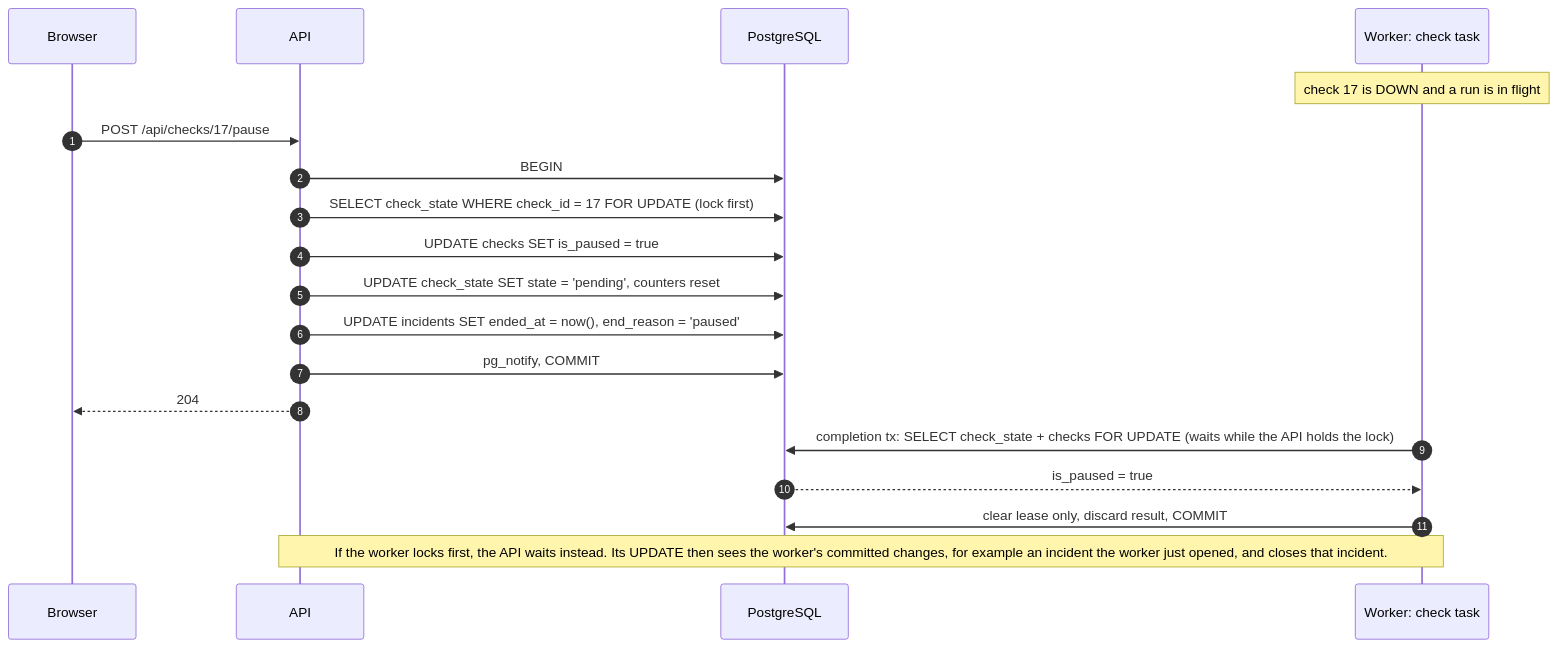
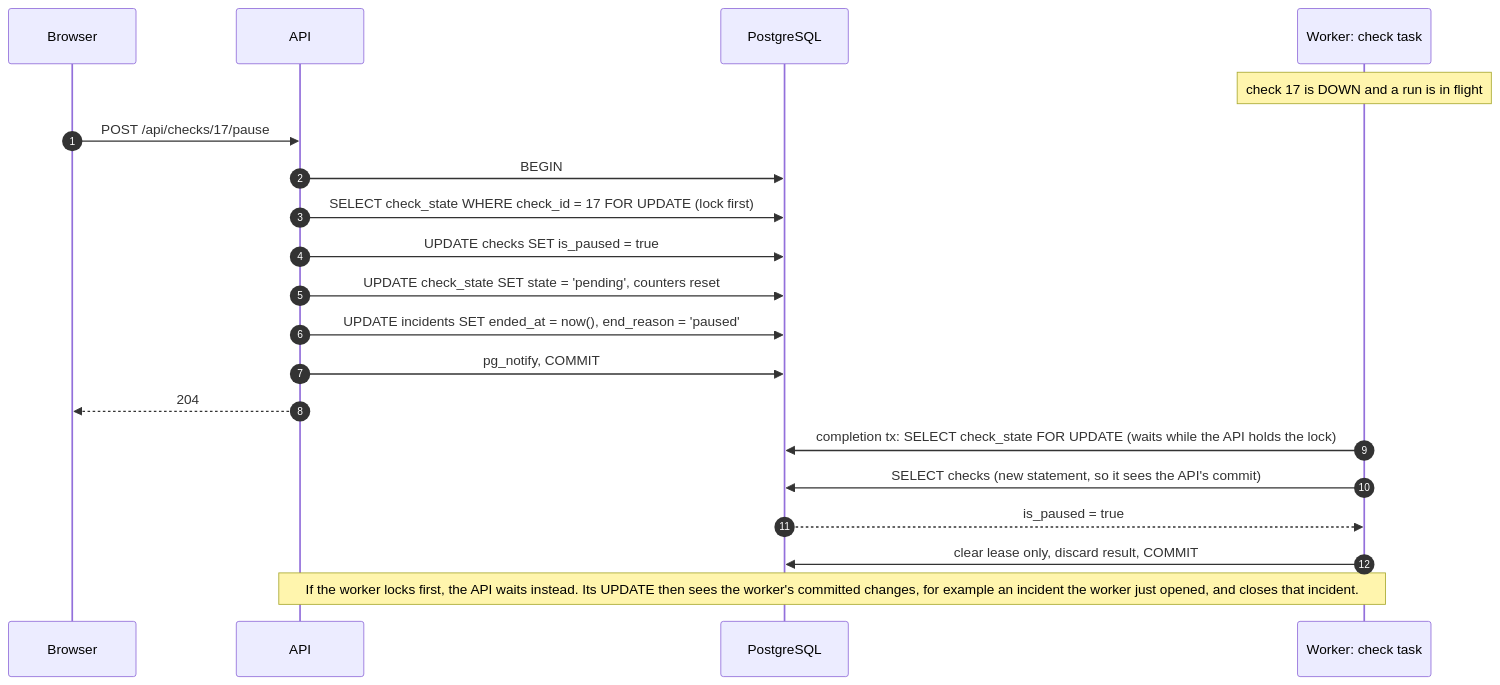
Before and after one commit to bidahmetov02/Sakshy: the sixth of 6 diagrams in design/sequences.md, drawn with Mermaid. The commit also changed other lines of this file and 2 other files, not shown here.

Commit message:
Design: read config after taking the check_state lock, in a separate statement

````diff
--- a/design/sequences.md
+++ b/design/sequences.md
@@ -217,22 +225,23 @@
 ```mermaid
 sequenceDiagram
     autonumber
     participant U as Browser
     participant API as API
     participant DB as PostgreSQL
     participant T as Worker: check task
 
     Note over T: check 17 is DOWN and a run is in flight
     U->>API: POST /api/checks/17/pause
     API->>DB: BEGIN
     API->>DB: SELECT check_state WHERE check_id = 17 FOR UPDATE (lock first)
     API->>DB: UPDATE checks SET is_paused = true
     API->>DB: UPDATE check_state SET state = 'pending', counters reset
     API->>DB: UPDATE incidents SET ended_at = now(), end_reason = 'paused'
     API->>DB: pg_notify, COMMIT
     API-->>U: 204
-    T->>DB: completion tx: SELECT check_state + checks FOR UPDATE (waits while the API holds the lock)
+    T->>DB: completion tx: SELECT check_state FOR UPDATE (waits while the API holds the lock)
+    T->>DB: SELECT checks (new statement, so it sees the API's commit)
     DB-->>T: is_paused = true
     T->>DB: clear lease only, discard result, COMMIT
     Note over API,T: If the worker locks first, the API waits instead. Its UPDATE then sees the worker's committed changes, for example an incident the worker just opened, and closes that incident.
 ```
````
